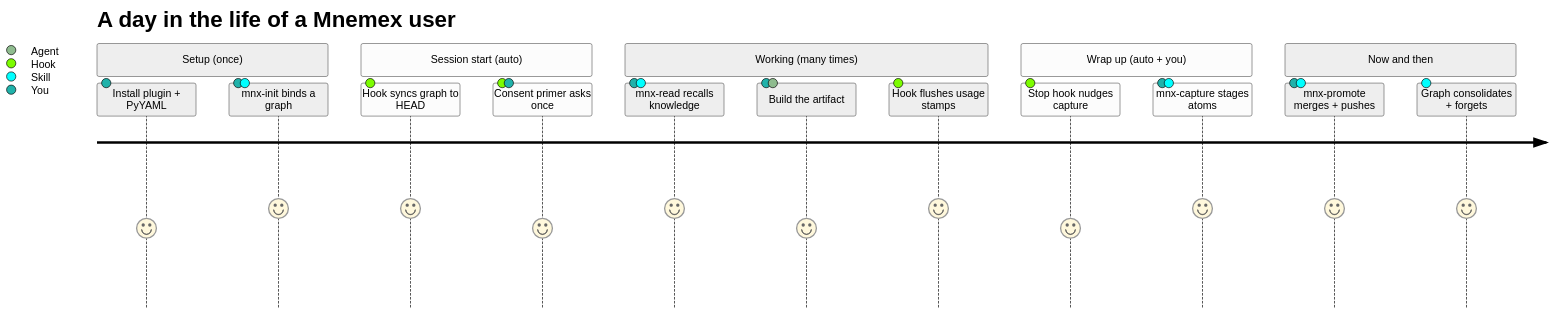
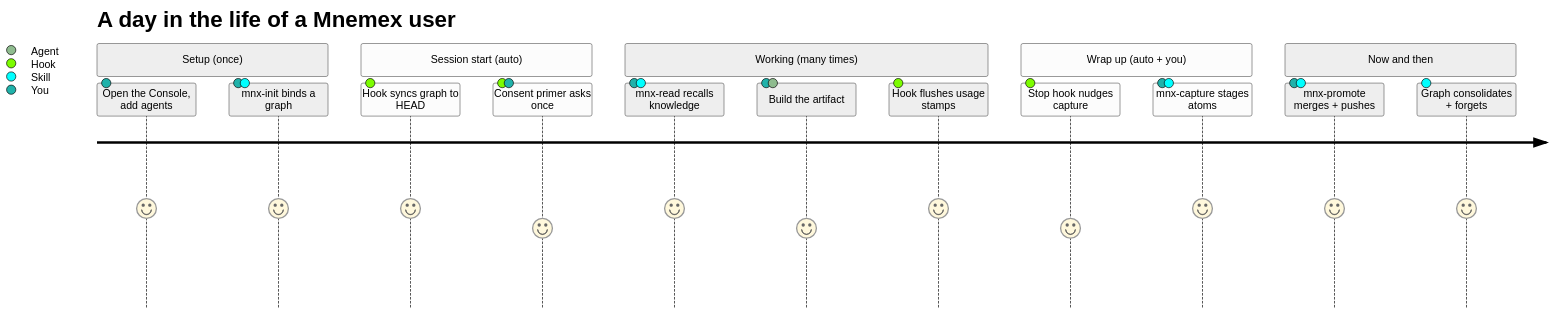
Before and after one commit to kritird/OpenMnemex: the first of 10 diagrams in docs/user-journey.md, drawn with Mermaid (neutral theme). The commit also changed other lines of this file and 17 other files, not shown here.

First line of the commit message:
Rename the viewer to the OpenMnemex Console and make it the front door

````diff
--- a/docs/user-journey.md
+++ b/docs/user-journey.md
@@ -17,20 +17,20 @@
 ```mermaid
 journey
     title A day in the life of a Mnemex user
     section Setup (once)
-      Install plugin + PyYAML: 4: You
+      Open the Console, add agents: 5: You
       mnx-init binds a graph: 5: You, Skill
     section Session start (auto)
       Hook syncs graph to HEAD: 5: Hook
       Consent primer asks once: 4: Hook, You
     section Working (many times)
       mnx-read recalls knowledge: 5: You, Skill
       Build the artifact: 4: You, Agent
       Hook flushes usage stamps: 5: Hook
     section Wrap up (auto + you)
       Stop hook nudges capture: 4: Hook
       mnx-capture stages atoms: 5: You, Skill
     section Now and then
       mnx-promote merges + pushes: 5: You, Skill
       Graph consolidates + forgets: 5: Skill
 ```
````
